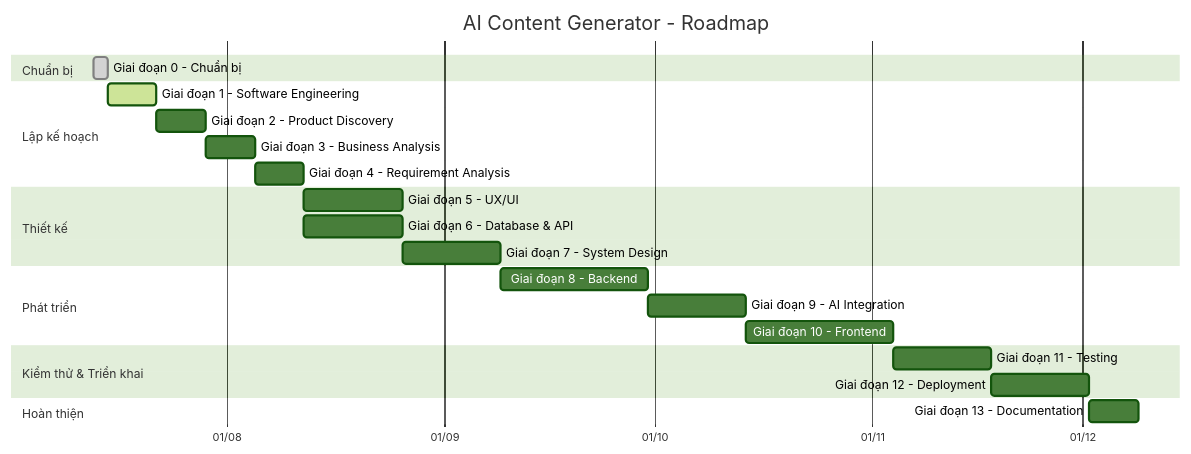
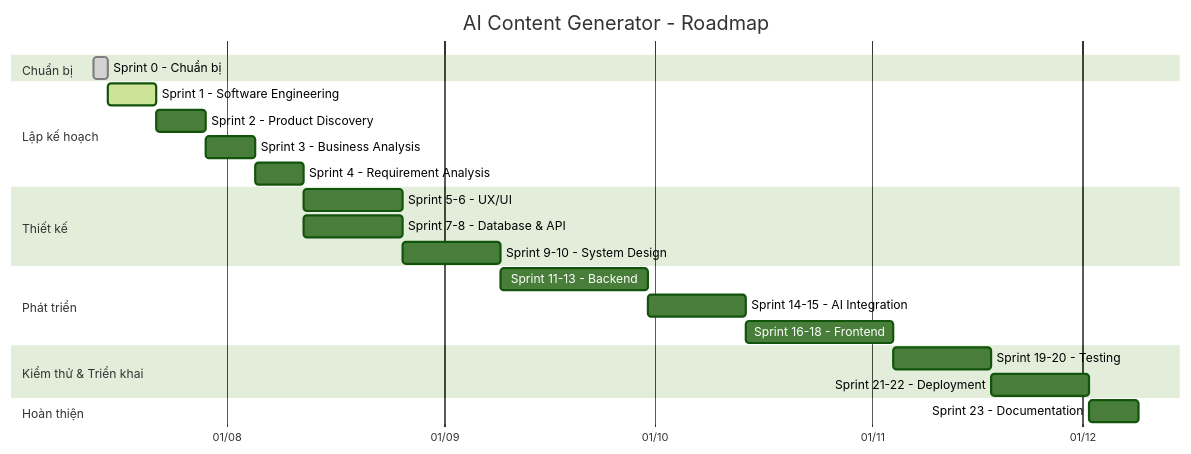
One commit to phamanh2112/AI-Content-Generator changed the first of 2 diagrams in Docs/00_Roadmap/Roadmap.md. Above: the diagram before and after it, drawn with Mermaid (forest theme). The commit also changed other lines of this file and 1 other file, not shown here.

Commit message:
update detailed roadmap and sprint plan with task breakdown

````diff
--- a/Docs/00_Roadmap/Roadmap.md
+++ b/Docs/00_Roadmap/Roadmap.md
@@ -13,32 +14,32 @@
 ```mermaid
 gantt
     title AI Content Generator - Roadmap
     dateFormat  YYYY-MM-DD
     axisFormat  %d/%m
 
     section Chuẩn bị
-    Giai đoạn 0 - Chuẩn bị           :done, g0, 2026-07-13, 2d
+    Sprint 0 - Chuẩn bị            :done, g0, 2026-07-13, 2d
 
     section Lập kế hoạch
-    Giai đoạn 1 - Software Engineering :active, g1, after g0, 1w
-    Giai đoạn 2 - Product Discovery    :g2, after g1, 1w
-    Giai đoạn 3 - Business Analysis    :g3, after g2, 1w
-    Giai đoạn 4 - Requirement Analysis :g4, after g3, 1w
+    Sprint 1 - Software Engineering  :active, g1, after g0, 1w
+    Sprint 2 - Product Discovery     :g2, after g1, 1w
+    Sprint 3 - Business Analysis     :g3, after g2, 1w
+    Sprint 4 - Requirement Analysis  :g4, after g3, 1w
 
     section Thiết kế
-    Giai đoạn 5 - UX/UI                :g5, after g4, 2w
-    Giai đoạn 6 - Database & API       :g6, after g4, 2w
-    Giai đoạn 7 - System Design        :g7, after g6, 2w
+    Sprint 5-6 - UX/UI               :g5, after g4, 2w
+    Sprint 7-8 - Database & API      :g6, after g4, 2w
+    Sprint 9-10 - System Design      :g7, after g6, 2w
 
     section Phát triển
-    Giai đoạn 8 - Backend              :g8, after g7, 3w
-    Giai đoạn 9 - AI Integration       :g9, after g8, 2w
-    Giai đoạn 10 - Frontend            :g10, after g9, 3w
+    Sprint 11-13 - Backend           :g8, after g7, 3w
+    Sprint 14-15 - AI Integration    :g9, after g8, 2w
+    Sprint 16-18 - Frontend          :g10, after g9, 3w
 
     section Kiểm thử & Triển khai
-    Giai đoạn 11 - Testing             :g11, after g10, 2w
-    Giai đoạn 12 - Deployment          :g12, after g11, 2w
+    Sprint 19-20 - Testing           :g11, after g10, 2w
+    Sprint 21-22 - Deployment        :g12, after g11, 2w
 
     section Hoàn thiện
-    Giai đoạn 13 - Documentation       :g13, after g12, 1w
+    Sprint 23 - Documentation        :g13, after g12, 1w
 ```
````
